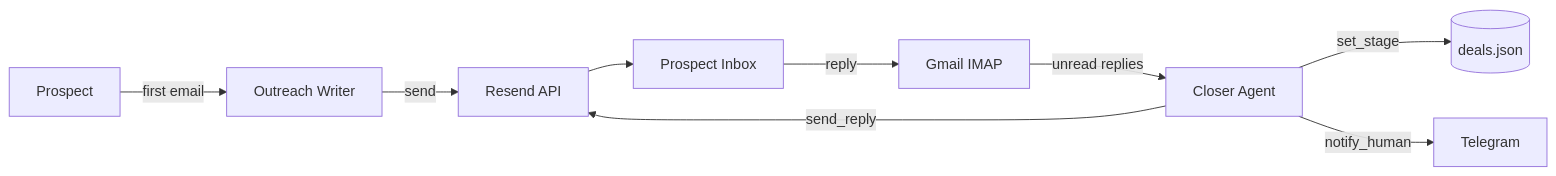
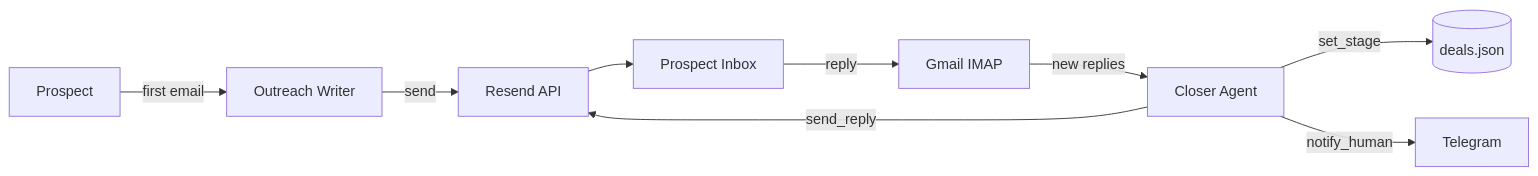
Before and after one commit to nse4real/ai-sales-sdr-agent: the diagram in README.md, drawn with Mermaid. The commit also changed other lines of this file and 2 other files, not shown here.

First line of the commit message:
Find replies even after the owner opens them in Gmail

````diff
--- a/README.md
+++ b/README.md
@@ -9,11 +9,11 @@
 ```mermaid
 graph LR
     A[Prospect] -->|first email| B[Outreach Writer]
     B -->|send| C[Resend API]
     C --> D[Prospect Inbox]
     D -->|reply| E[Gmail IMAP]
-    E -->|unread replies| F[Closer Agent]
+    E -->|new replies| F[Closer Agent]
     F -->|send_reply| C
     F -->|set_stage| G[(deals.json)]
     F -->|notify_human| H[Telegram]
 ```
````
